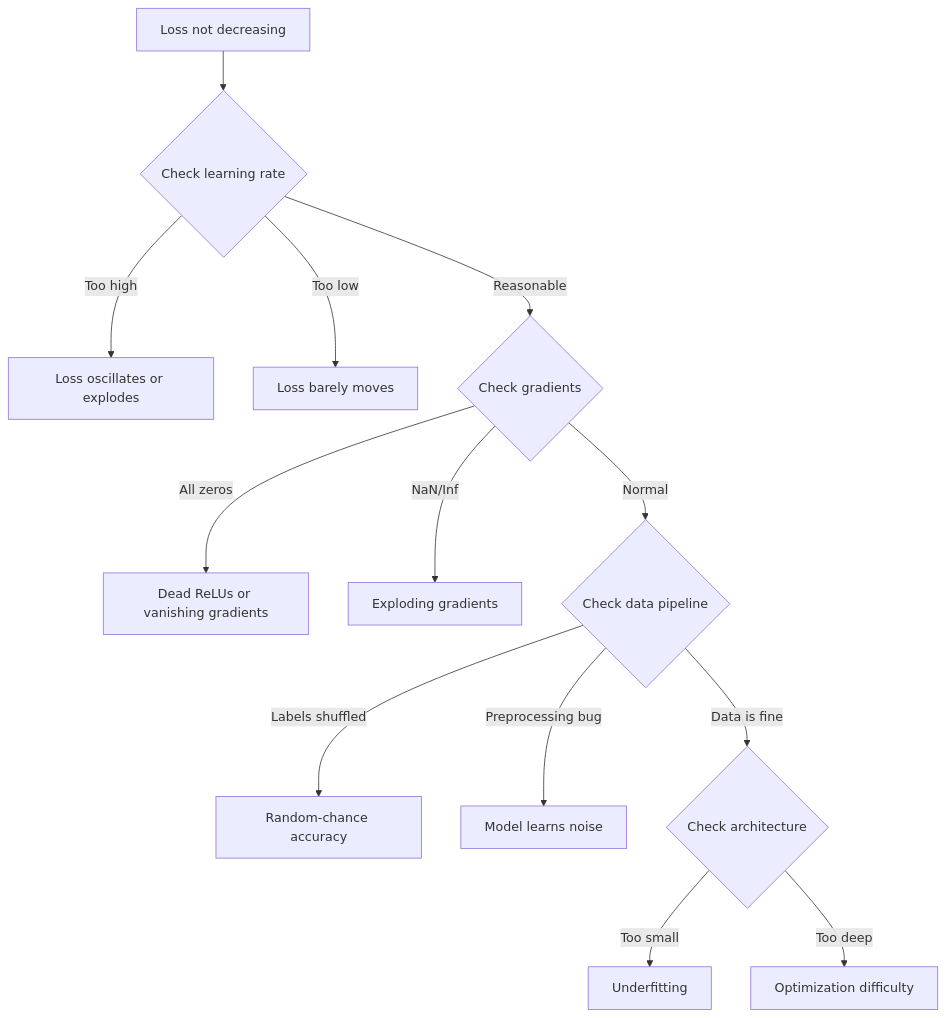
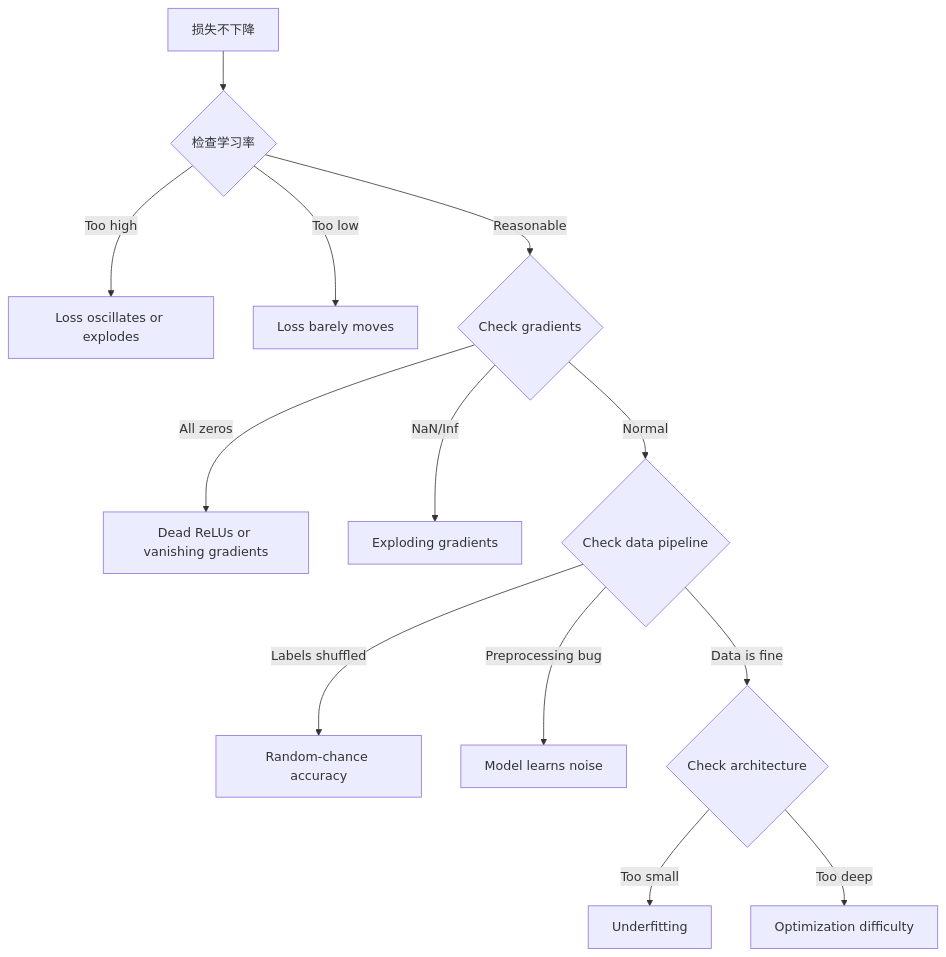
The first of 5 diagrams in phases/03-deep-learning-core/13-debugging-neural-networks/docs/zh.md (omigaZen/ai-engineering-from-scratch), drawn with Mermaid before and after one commit.

Commit message:
feat(phase-03/13): refine zh debugging wording

````diff
--- a/phases/03-deep-learning-core/13-debugging-neural-networks/docs/zh.md
+++ b/phases/03-deep-learning-core/13-debugging-neural-networks/docs/zh.md
@@ -35,15 +35,15 @@
 ```mermaid
 flowchart TD
-    A["Loss not decreasing"] --> B{"Check learning rate"}
+    A["损失不下降"] --> B{"检查学习率"}
     B -->|"Too high"| C["Loss oscillates or explodes"]
     B -->|"Too low"| D["Loss barely moves"]
     B -->|"Reasonable"| E{"Check gradients"}
     E -->|"All zeros"| F["Dead ReLUs or vanishing gradients"]
     E -->|"NaN/Inf"| G["Exploding gradients"]
     E -->|"Normal"| H{"Check data pipeline"}
     H -->|"Labels shuffled"| I["Random-chance accuracy"]
     H -->|"Preprocessing bug"| J["Model learns noise"]
     H -->|"Data is fine"| K{"Check architecture"}
     K -->|"Too small"| L["Underfitting"]
     K -->|"Too deep"| M["Optimization difficulty"]
 ```
````
